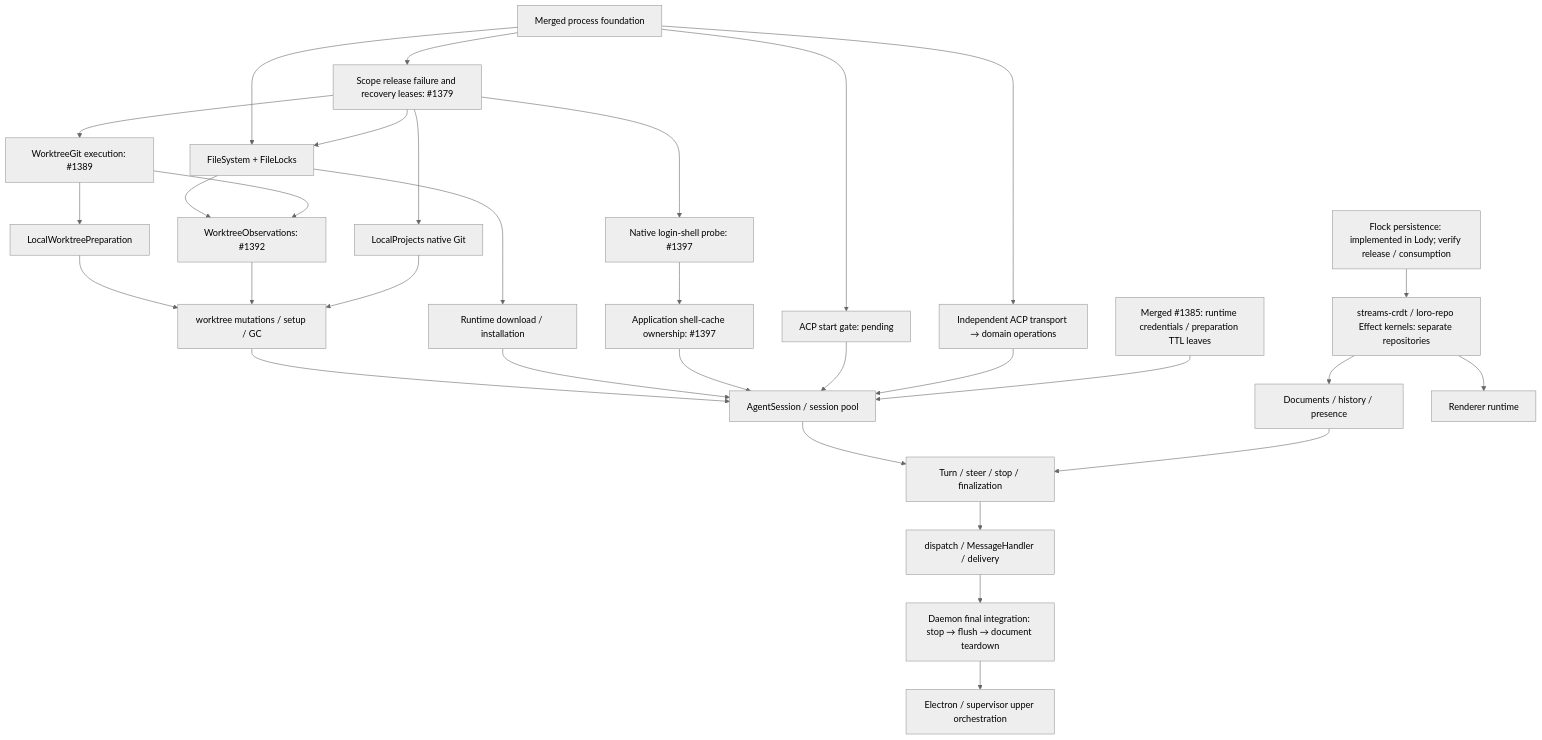
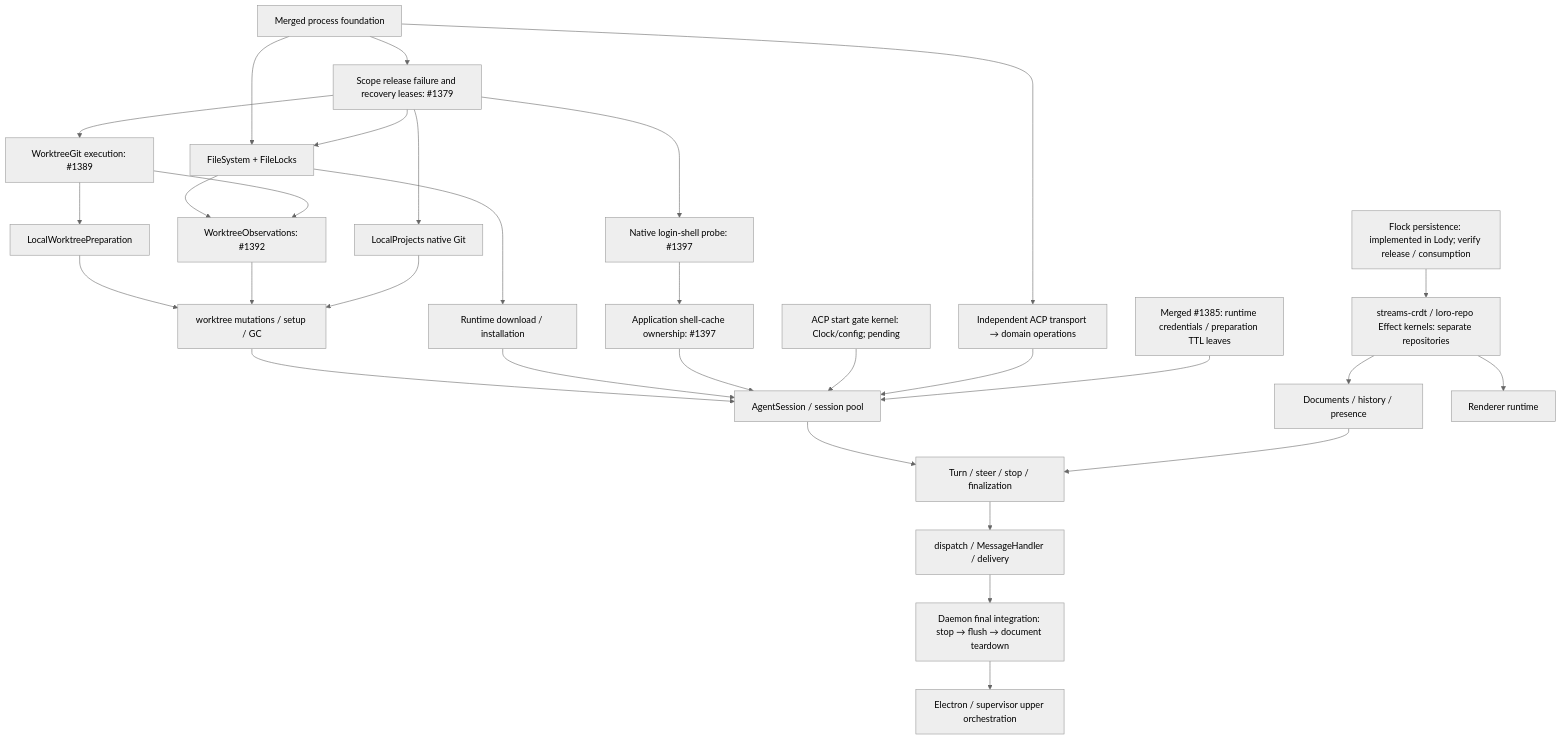
One commit to ACAne0320/Lody changed the first of 2 diagrams in .agents/notes/proposed/architecture/2026-09-27-effect-lifecycle-migration-roadmap.md. Above: the diagram before and after it, drawn with Mermaid (neutral theme). The commit also changed other lines of this file and 7 other files, not shown here.

First line of the commit message:
docs: strengthen native Effect migration charter and guidance

````diff
--- a/.agents/notes/proposed/architecture/2026-09-27-effect-lifecycle-migration-roadmap.md
+++ b/.agents/notes/proposed/architecture/2026-09-27-effect-lifecycle-migration-roadmap.md
@@ -405,33 +484,33 @@
 ```mermaid
 flowchart TD
   P["Merged process foundation"] --> F["FileSystem + FileLocks"]
   P --> C["Scope release failure and recovery leases: #1379"]
   C --> F
   C --> G["LocalProjects native Git"]
   C --> Q["WorktreeGit execution: #1389"]
   F --> O["WorktreeObservations: #1392"]
   Q --> O
   Q --> B["LocalWorktreePreparation"]
   B --> J
   O --> J["worktree mutations / setup / GC"]
   G --> J
   F --> R["Runtime download / installation"]
   C --> E["Native login-shell probe: #1397"]
   E --> EC["Application shell-cache ownership: #1397"]
-  P --> SG["ACP start gate: pending"]
+  SG["ACP start gate kernel: Clock/config; pending"]
   P --> A["Independent ACP transport → domain operations"]
   J --> S["AgentSession / session pool"]
   R --> S
   EC --> S
   SG --> S
   A --> S
   N["Merged #1385: runtime credentials / preparation TTL leaves"] --> S
   K["Flock persistence: implemented in Lody; verify release / consumption"] --> L["streams-crdt / loro-repo Effect kernels: separate repositories"]
   L --> D["Documents / history / presence"]
   S --> T["Turn / steer / stop / finalization"]
   D --> T
   T --> H["dispatch / MessageHandler / delivery"]
   H --> M["Daemon final integration: stop → flush → document teardown"]
   L --> W["Renderer runtime"]
   M --> X["Electron / supervisor upper orchestration"]
 ```
````
